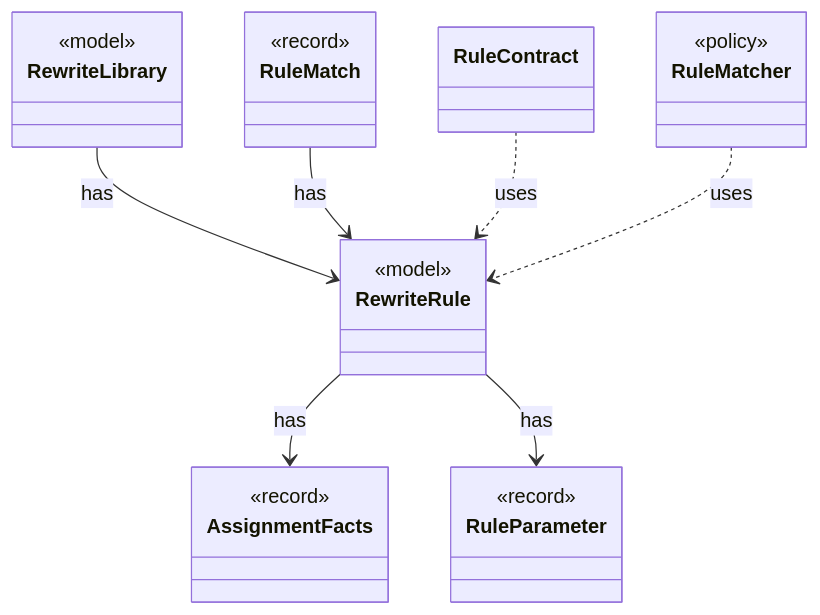
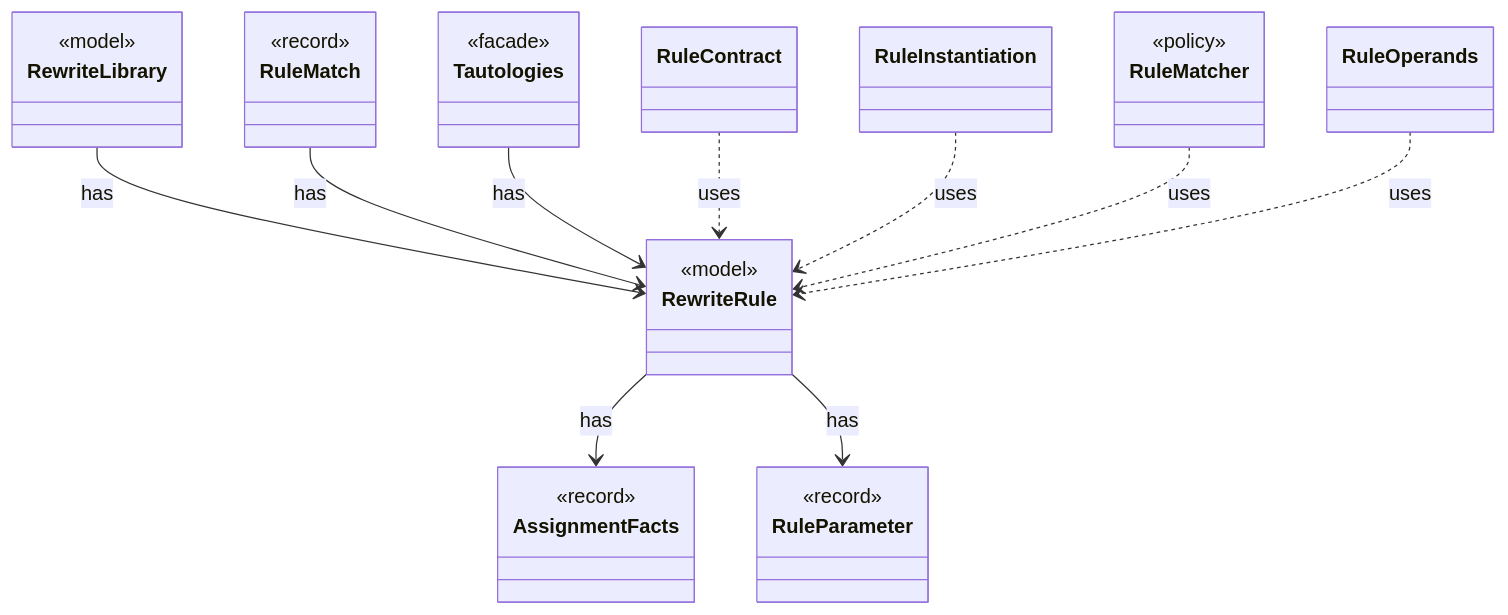
One commit to tlaplus/model-checker-hardening changed the diagram in dev/types/io.github.tlaplus.hardening.gen.rewrite.RewriteRule.md. Above: the diagram before and after it, drawn with Mermaid. The commit also changed other lines of this file and 405 other files, not shown here.

````diff
--- a/dev/types/io.github.tlaplus.hardening.gen.rewrite.RewriteRule.md
+++ b/dev/types/io.github.tlaplus.hardening.gen.rewrite.RewriteRule.md
@@ -9,28 +9,36 @@
 ```mermaid
 classDiagram
   class RewriteRule {
     <<model>>
   }
   class AssignmentFacts {
     <<record>>
   }
   class RuleParameter {
     <<record>>
   }
   class RewriteLibrary {
     <<model>>
   }
   class RuleMatch {
     <<record>>
   }
+  class Tautologies {
+    <<facade>>
+  }
   class RuleContract
+  class RuleInstantiation
   class RuleMatcher {
     <<policy>>
   }
+  class RuleOperands
   RewriteRule --> AssignmentFacts : has
   RewriteRule --> RuleParameter : has
   RewriteLibrary --> RewriteRule : has
   RuleMatch --> RewriteRule : has
+  Tautologies --> RewriteRule : has
   RuleContract ..> RewriteRule : uses
+  RuleInstantiation ..> RewriteRule : uses
   RuleMatcher ..> RewriteRule : uses
+  RuleOperands ..> RewriteRule : uses
 ```
````
